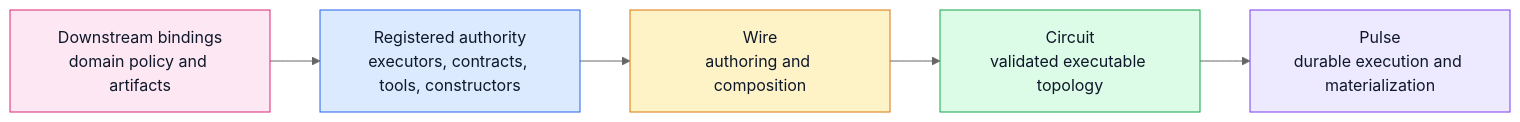
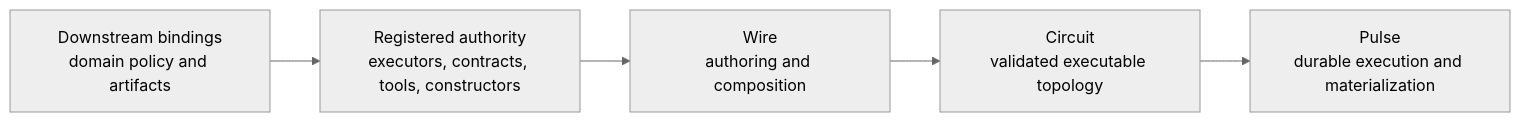
Before and after one commit to Digimuoto/cortex: the diagram in docs/Publications/Paper-4-wire-language/Figures/wire-layering-overview.mmd, drawn with Mermaid (neutral theme). The commit also changed 6 other files, not shown here.

First line of the commit message:
docs: prefer default Mermaid theme colours across diagrams

```diff
--- a/docs/Publications/Paper-4-wire-language/Figures/wire-layering-overview.mmd
+++ b/docs/Publications/Paper-4-wire-language/Figures/wire-layering-overview.mmd
@@ -1,11 +1,5 @@
 flowchart LR
     R[Registered authority<br/>executors, contracts, tools, constructors] --> W[Wire<br/>authoring and composition]
     W --> C[Circuit<br/>validated executable topology]
     C --> P[Pulse<br/>durable execution and materialization]
     D[Downstream bindings<br/>domain policy and artifacts] --> R
-
-    style R fill:#dbeafe,stroke:#2563eb,color:#0f172a
-    style W fill:#fef3c7,stroke:#d97706,color:#0f172a
-    style C fill:#dcfce7,stroke:#16a34a,color:#0f172a
-    style P fill:#ede9fe,stroke:#7c3aed,color:#0f172a
-    style D fill:#fce7f3,stroke:#db2777,color:#0f172a
```
